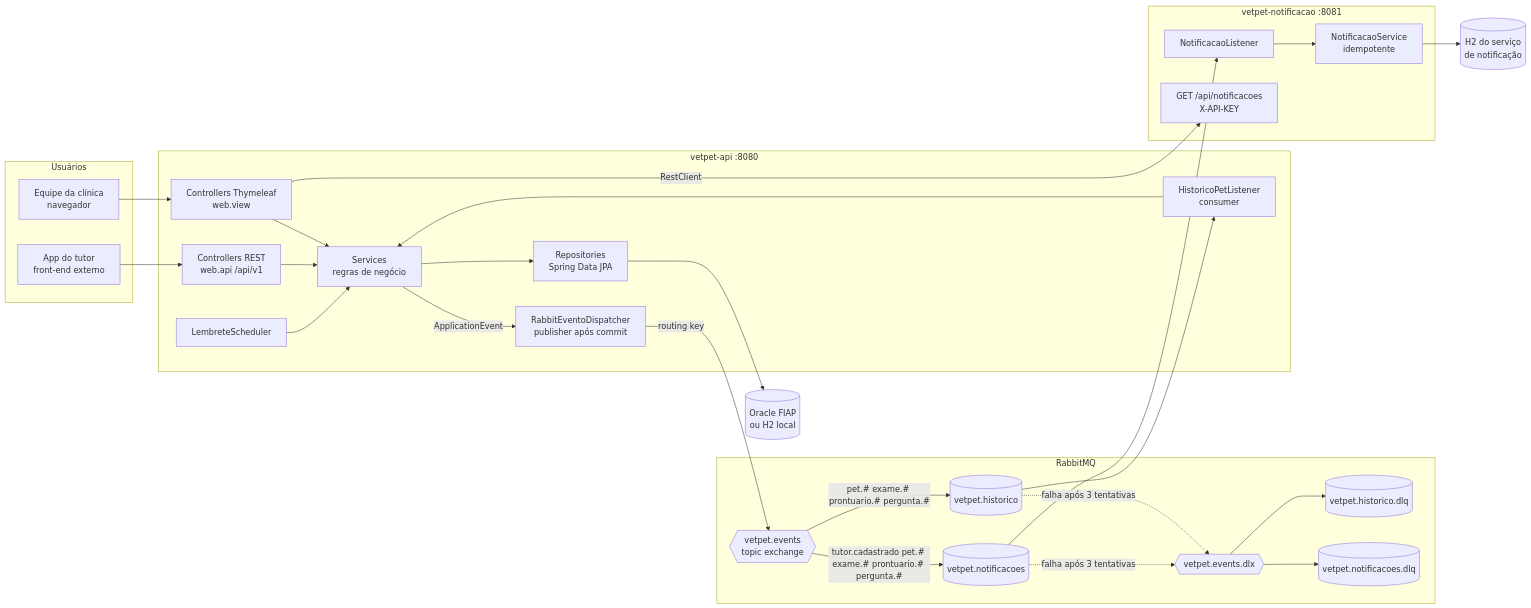
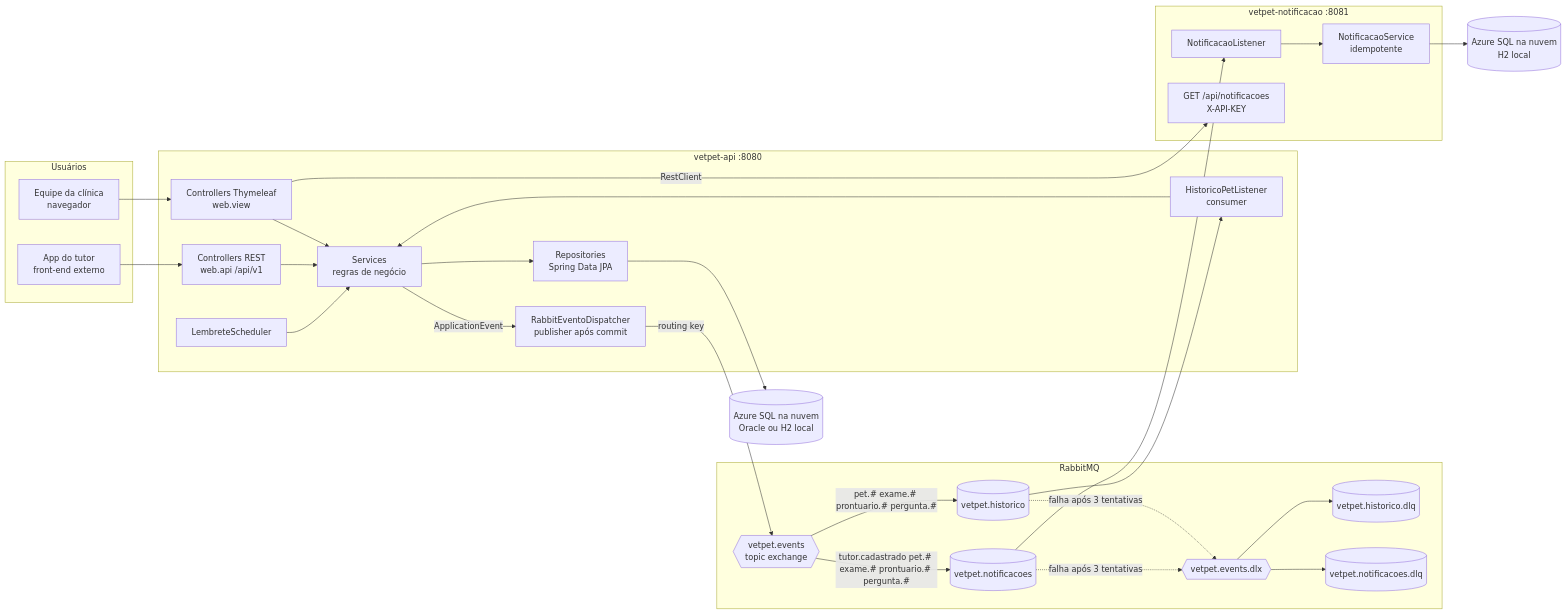
Before and after one commit to 2TDSPO-JPG/VetPet-EntregaFinal: the first of 4 diagrams in README.md, drawn with Mermaid. The commit also changed other lines of this file, not shown here.

Commit message:
Atualiza o README para a versão na Azure

````diff
--- a/README.md
+++ b/README.md
@@ -79,53 +79,53 @@
 ```mermaid
 flowchart LR
     subgraph Usuarios[Usuários]
         Equipe[Equipe da clínica<br/>navegador]
         AppTutor[App do tutor<br/>front-end externo]
     end
 
     subgraph API[vetpet-api :8080]
         Web[Controllers Thymeleaf<br/>web.view]
         Rest[Controllers REST<br/>web.api /api/v1]
         Services[Services<br/>regras de negócio]
         Repo[Repositories<br/>Spring Data JPA]
         Pub[RabbitEventoDispatcher<br/>publisher após commit]
         HistListener[HistoricoPetListener<br/>consumer]
         Lembrete[LembreteScheduler]
     end
 
     subgraph Broker[RabbitMQ]
         EX{{vetpet.events<br/>topic exchange}}
         QH[(vetpet.historico)]
         QN[(vetpet.notificacoes)]
         DLX{{vetpet.events.dlx}}
         DLQ1[(vetpet.historico.dlq)]
         DLQ2[(vetpet.notificacoes.dlq)]
     end
 
     subgraph Notif[vetpet-notificacao :8081]
         NListener[NotificacaoListener]
         NService[NotificacaoService<br/>idempotente]
         NRest[GET /api/notificacoes<br/>X-API-KEY]
     end
 
-    DB[(Oracle FIAP<br/>ou H2 local)]
-    NDB[(H2 do serviço<br/>de notificação)]
+    DB[(Azure SQL na nuvem<br/>Oracle ou H2 local)]
+    NDB[(Azure SQL na nuvem<br/>H2 local)]
 
     Equipe --> Web
     AppTutor --> Rest
     Web --> Services
     Rest --> Services
     Services --> Repo --> DB
     Services -- ApplicationEvent --> Pub
     Lembrete --> Services
     Pub -- routing key --> EX
     EX -- pet.# exame.# prontuario.# pergunta.# --> QH
     EX -- tutor.cadastrado pet.# exame.# prontuario.# pergunta.# --> QN
     QH --> HistListener --> Services
     QN --> NListener --> NService --> NDB
     QH -. falha após 3 tentativas .-> DLX
     QN -. falha após 3 tentativas .-> DLX
     DLX --> DLQ1
     DLX --> DLQ2
     Web -- RestClient --> NRest
 ```
````
